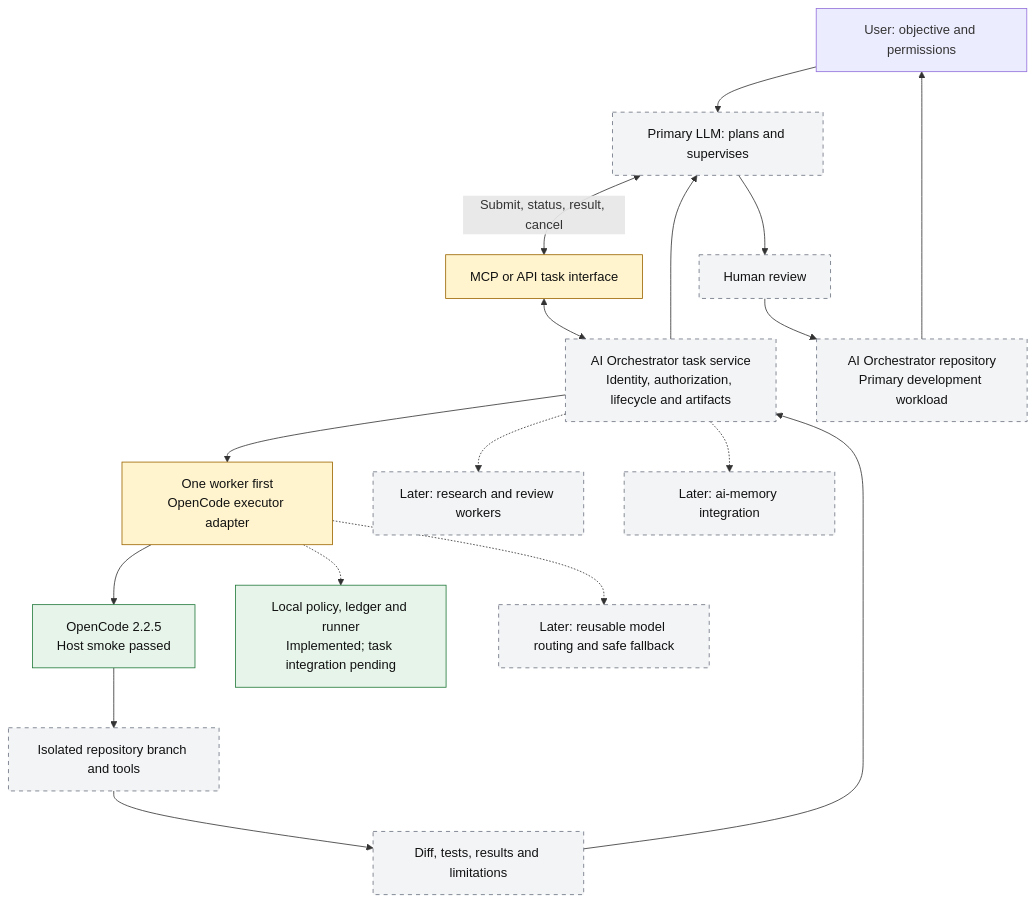
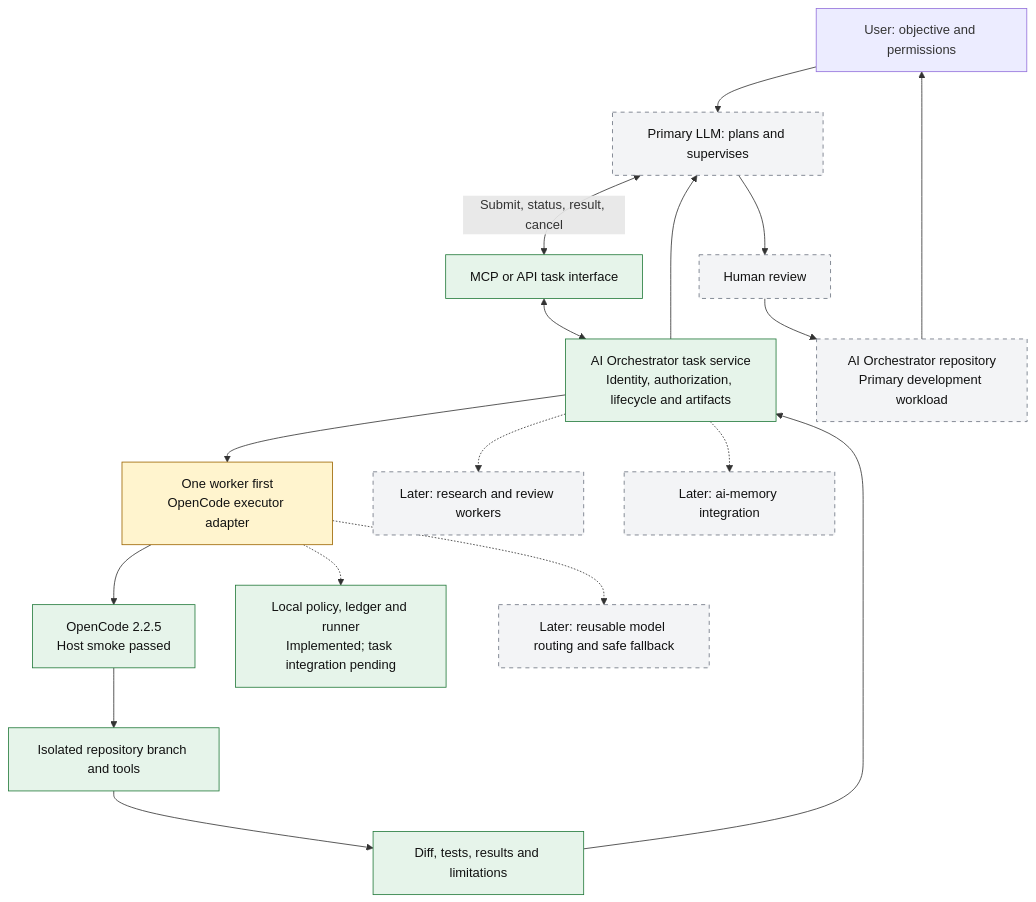
Before and after one commit to pbsilvabd/ai-orchestrator: the diagram in README.md, drawn with Mermaid. The commit also changed other lines of this file and 11 other files, not shown here.

````diff
--- a/README.md
+++ b/README.md
@@ -25,25 +25,26 @@
 ```mermaid
 flowchart TD
     User["User: objective and permissions"] --> Main["Primary LLM: plans and supervises"]
     Main <-->|Submit, status, result, cancel| Interface["MCP or API task interface"]
     Interface <--> Service["AI Orchestrator task service<br/>Identity, authorization, lifecycle and artifacts"]
     Service --> Worker["One worker first<br/>OpenCode executor adapter"]
     Worker --> Host["OpenCode 2.2.5<br/>Host smoke passed"]
     Worker -.-> Core["Local policy, ledger and runner<br/>Implemented; task integration pending"]
     Host --> Workspace["Isolated repository branch and tools"]
     Workspace --> Evidence["Diff, tests, results and limitations"]
     Evidence --> Service
     Service --> Main
     Main --> Review["Human review"]
     Review --> Repo["AI Orchestrator repository<br/>Primary development workload"]
     Repo --> User
     Service -.-> More["Later: research and review workers"]
     Service -.-> Memory["Later: ai-memory integration"]
     Worker -.-> Routing["Later: reusable model routing and safe fallback"]
     classDef current fill:#e6f4ea,stroke:#237a3b,color:#111;
     classDef progress fill:#fff4ce,stroke:#9c6500,color:#111;
     classDef planned fill:#f3f4f6,stroke:#6b7280,stroke-dasharray:5 5,color:#111;
     class Host,Core current;
-    class Interface,Worker progress;
-    class Main,Service,Workspace,Evidence,Review,Repo,More,Memory,Routing planned;
+    class Interface,Service,Workspace,Evidence current;
+    class Worker progress;
+    class Main,Review,Repo,More,Memory,Routing planned;
 ```
````
